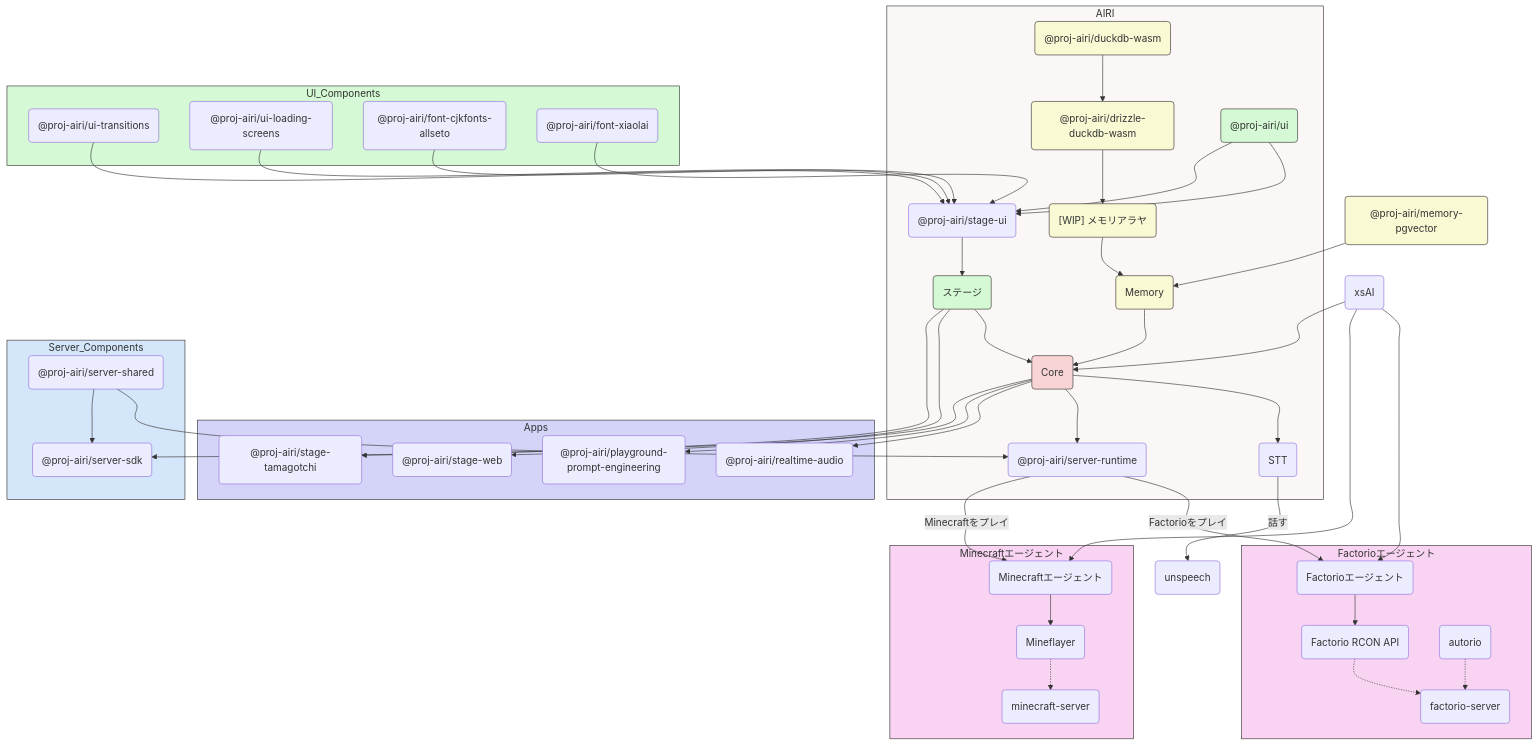
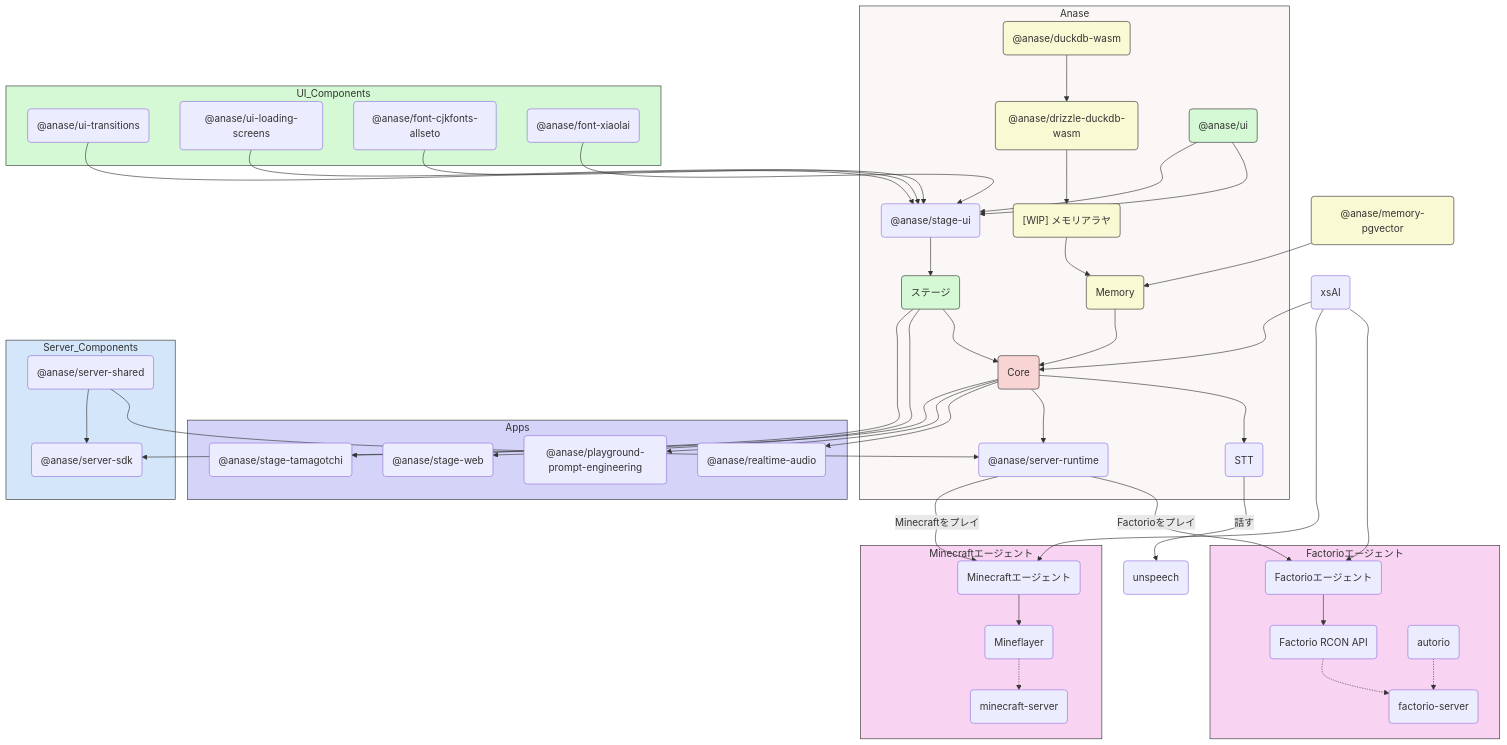
One commit to rocky2431/anima changed the diagram in docs/README.ja-JP.md. Above: the diagram before and after it, drawn with Mermaid. The commit also changed other lines of this file and 934 other files, not shown here.

First line of the commit message:
refactor: rebrand from AIRI to Project Anase

```diff
--- a/docs/README.ja-JP.md
+++ b/docs/README.ja-JP.md
@@ -245,17 +245,17 @@
 flowchart TD
   Core("Core")
   Unspeech("unspeech")
-  DBDriver("@proj-airi/drizzle-duckdb-wasm")
+  DBDriver("@anase/drizzle-duckdb-wasm")
   MemoryDriver("[WIP] メモリアラヤ")
-  DB1("@proj-airi/duckdb-wasm")
-  SVRT("@proj-airi/server-runtime")
+  DB1("@anase/duckdb-wasm")
+  SVRT("@anase/server-runtime")
   Memory("Memory")
   STT("STT")
   Stage("ステージ")
-  StageUI("@proj-airi/stage-ui")
-  UI("@proj-airi/ui")
+  StageUI("@anase/stage-ui")
+  UI("@anase/ui")
 
-  subgraph AIRI
+  subgraph Anase
     DB1 --> DBDriver --> MemoryDriver --> Memory --> Core
     UI --> StageUI --> Stage --> Core
     Core --> STT
@@ -264,22 +264,22 @@
 
   subgraph UI_Components
     UI --> StageUI
-    UITransitions("@proj-airi/ui-transitions") --> StageUI
-    UILoadingScreens("@proj-airi/ui-loading-screens") --> StageUI
-    FontCJK("@proj-airi/font-cjkfonts-allseto") --> StageUI
-    FontXiaolai("@proj-airi/font-xiaolai") --> StageUI
+    UITransitions("@anase/ui-transitions") --> StageUI
+    UILoadingScreens("@anase/ui-loading-screens") --> StageUI
+    FontCJK("@anase/font-cjkfonts-allseto") --> StageUI
+    FontXiaolai("@anase/font-xiaolai") --> StageUI
   end
 
   subgraph Apps
-    Stage --> StageWeb("@proj-airi/stage-web")
-    Stage --> StageTamagotchi("@proj-airi/stage-tamagotchi")
-    Core --> RealtimeAudio("@proj-airi/realtime-audio")
-    Core --> PromptEngineering("@proj-airi/playground-prompt-engineering")
+    Stage --> StageWeb("@anase/stage-web")
+    Stage --> StageTamagotchi("@anase/stage-tamagotchi")
+    Core --> RealtimeAudio("@anase/realtime-audio")
+    Core --> PromptEngineering("@anase/playground-prompt-engineering")
   end
 
   subgraph Server_Components
-    Core --> ServerSDK("@proj-airi/server-sdk")
-    ServerShared("@proj-airi/server-shared") --> SVRT
+    Core --> ServerSDK("@anase/server-sdk")
+    ServerShared("@anase/server-shared") --> SVRT
     ServerShared --> ServerSDK
   end
 
@@ -309,10 +309,10 @@
   XSAI --> F_AGENT
   XSAI --> MC_AGENT
 
-  Memory_PGVector("@proj-airi/memory-pgvector") --> Memory
+  Memory_PGVector("@anase/memory-pgvector") --> Memory
 
   style Core fill:#f9d4d4,stroke:#333,stroke-width:1px
-  style AIRI fill:#fcf7f7,stroke:#333,stroke-width:1px
+  style Anase fill:#fcf7f7,stroke:#333,stroke-width:1px
   style UI fill:#d4f9d4,stroke:#333,stroke-width:1px
   style Stage fill:#d4f9d4,stroke:#333,stroke-width:1px
   style UI_Components fill:#d4f9d4,stroke:#333,stroke-width:1px
```
